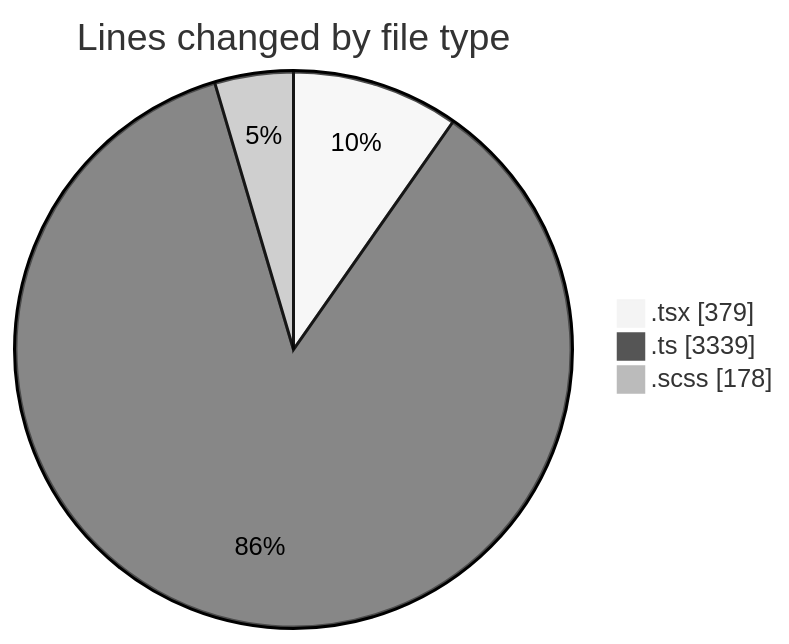
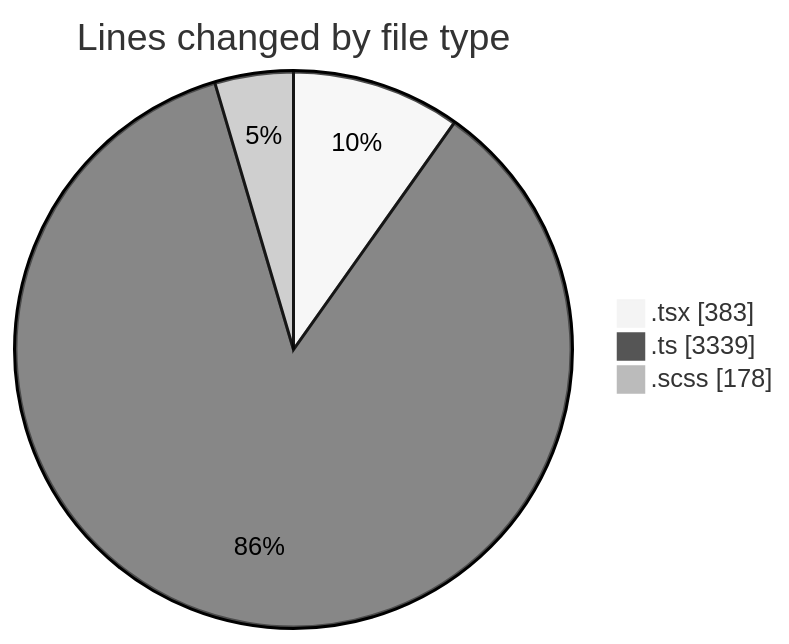
The first of 2 diagrams in 2025-09-17/cda/README.md (momahboobian/code-tracking), drawn with Mermaid (neutral theme) before and after one commit. The commit also changed other lines of this file and 1 other file, not shown here.

````diff
--- a/2025-09-17/cda/README.md
+++ b/2025-09-17/cda/README.md
@@ -24,7 +24,7 @@
 ```mermaid
 pie showData
 title Lines changed by file type
-".tsx" : 379
+".tsx" : 383
 ".ts" : 3339
 ".scss" : 178
 ```
````
